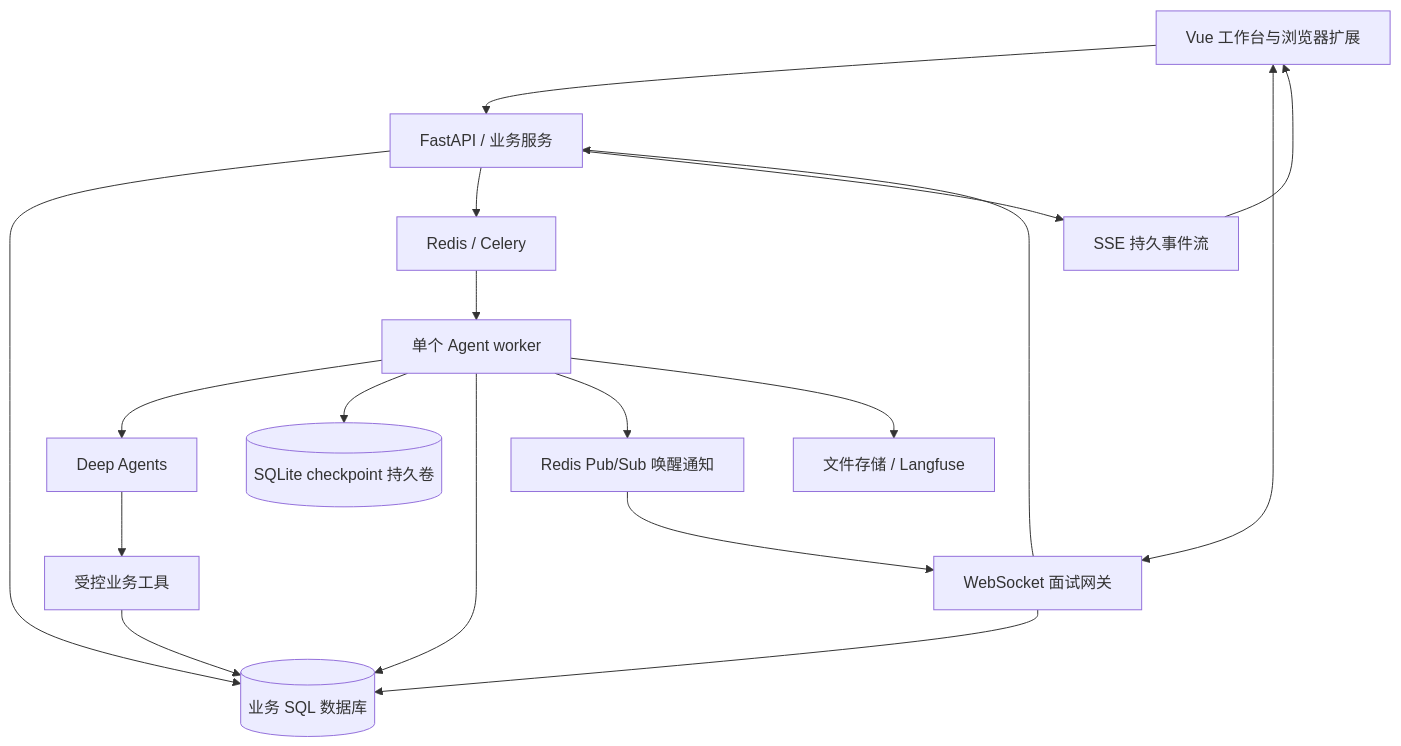
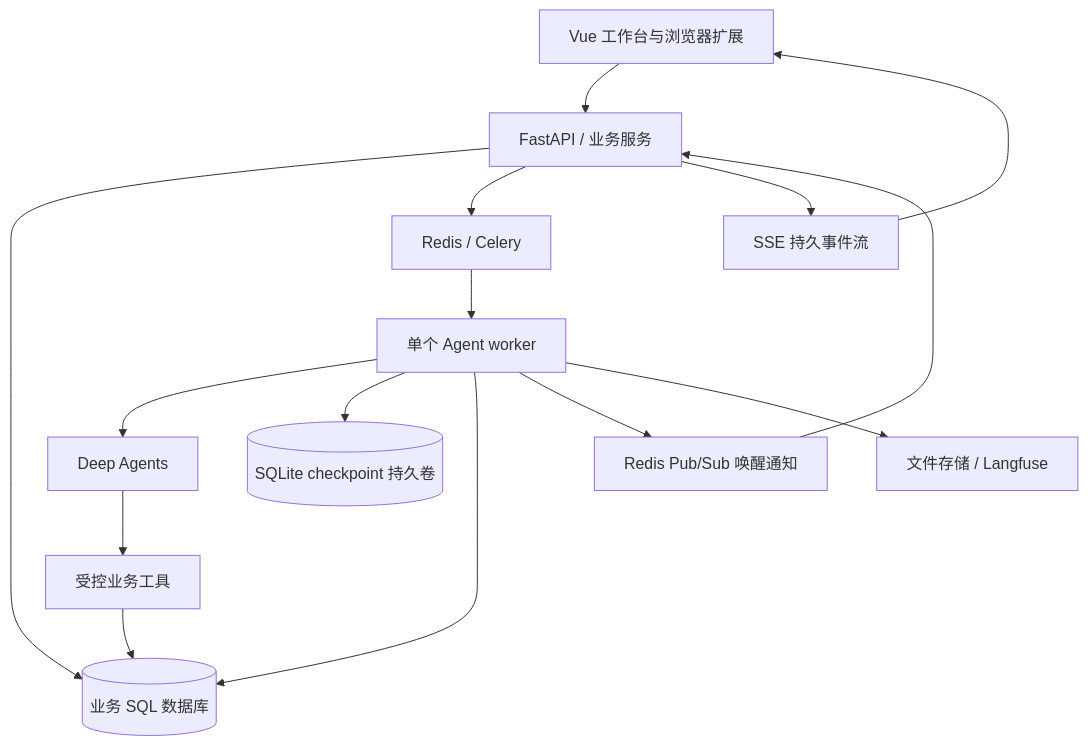
The diagram in docs/superpowers/plans/2026-10-29-ai-fullstack-agent-development.md (Renalssance/ResuMate-Agent), drawn with Mermaid before and after one commit. The commit also changed other lines of this file and 142 other files, not shown here.

````diff
--- a/docs/superpowers/plans/2026-10-29-ai-fullstack-agent-development.md
+++ b/docs/superpowers/plans/2026-10-29-ai-fullstack-agent-development.md
@@ -90,20 +92,17 @@
 ```mermaid
 flowchart TB
   UI[Vue 工作台与浏览器扩展] --> API[FastAPI / 业务服务]
   API --> DB[(业务 SQL 数据库)]
   API --> Q[Redis / Celery]
   Q --> W[单个 Agent worker]
   W --> DA[Deep Agents]
   DA --> T[受控业务工具]
   T --> DB
   W --> CP[(SQLite checkpoint 持久卷)]
   W --> DB
   API --> S[SSE 持久事件流]
   S --> UI
-  UI <--> WS[WebSocket 面试网关]
-  WS --> API
   W --> N[Redis Pub/Sub 唤醒通知]
-  N --> WS
-  WS --> DB
+  N --> API
   W --> O[文件存储 / Langfuse]
 ```
````
